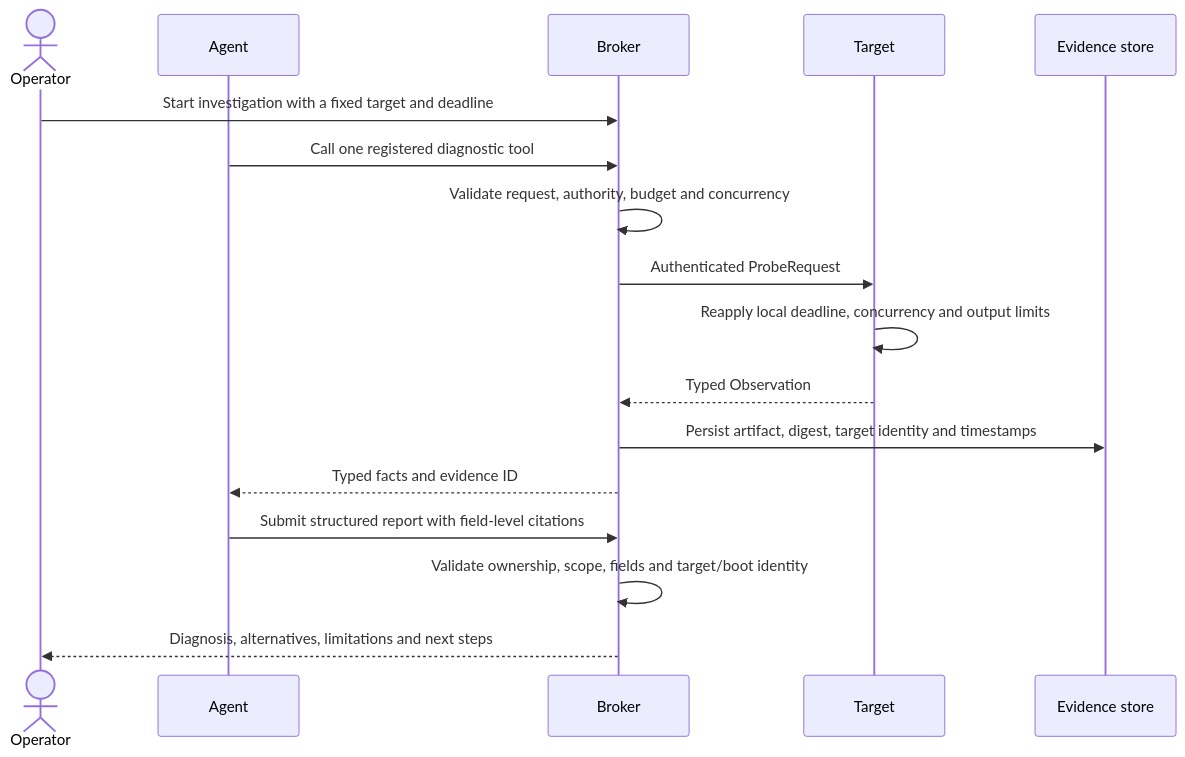
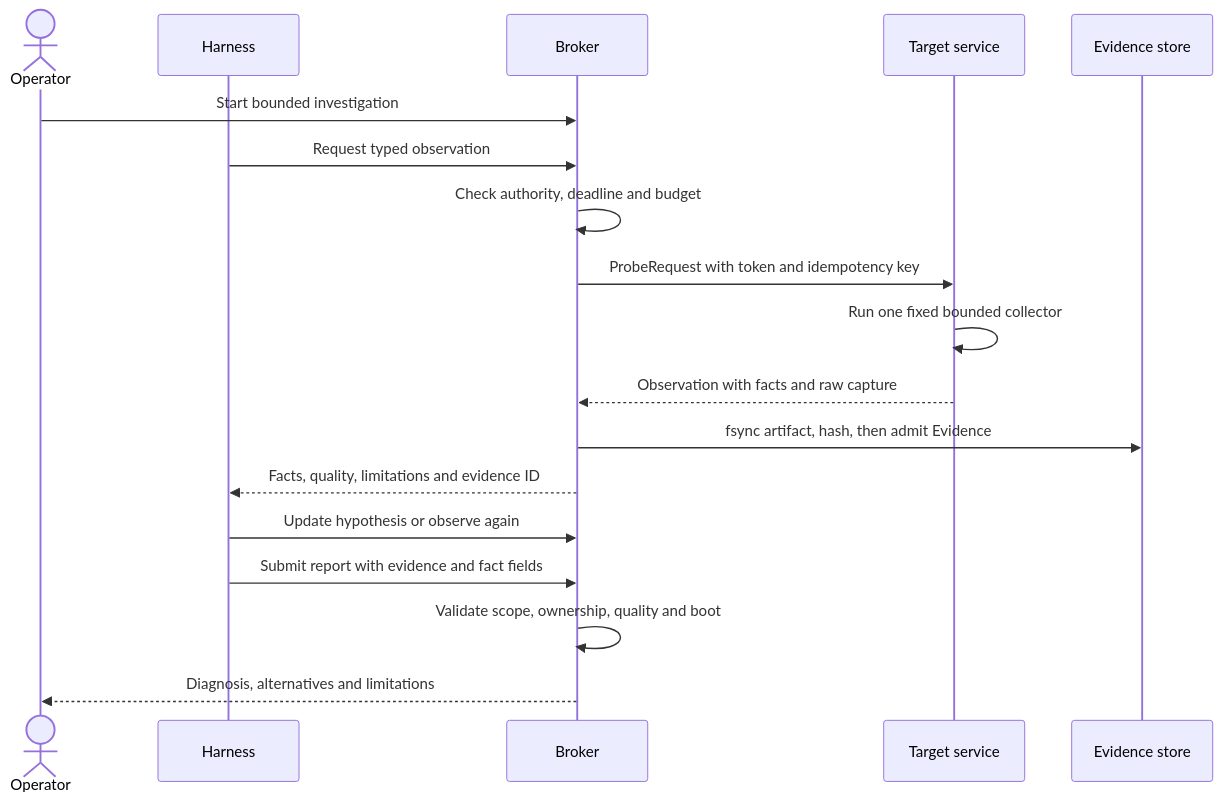
One commit to Qingyu255/Linux-Oncall-Agent changed the fourth of 7 diagrams in docs/interview-presentation.md. Above: the diagram before and after it, drawn with Mermaid. The commit also changed other lines of this file and 1 other file, not shown here.

````diff
--- a/docs/interview-presentation.md
+++ b/docs/interview-presentation.md
@@ -53,20 +147,21 @@
 ```mermaid
 sequenceDiagram
     actor O as Operator
-    participant A as Agent
+    participant H as Harness
     participant B as Broker
-    participant T as Target
+    participant T as Target service
     participant E as Evidence store
 
-    O->>B: Start investigation with a fixed target and deadline
-    A->>B: Call one registered diagnostic tool
-    B->>B: Validate request, authority, budget and concurrency
-    B->>T: Authenticated ProbeRequest
-    T->>T: Reapply local deadline, concurrency and output limits
-    T-->>B: Typed Observation
-    B->>E: Persist artifact, digest, target identity and timestamps
-    B-->>A: Typed facts and evidence ID
-    A->>B: Submit structured report with field-level citations
-    B->>B: Validate ownership, scope, fields and target/boot identity
-    B-->>O: Diagnosis, alternatives, limitations and next steps
+    O->>B: Start bounded investigation
+    H->>B: Request typed observation
+    B->>B: Check authority, deadline and budget
+    B->>T: ProbeRequest with token and idempotency key
+    T->>T: Run one fixed bounded collector
+    T-->>B: Observation with facts and raw capture
+    B->>E: fsync artifact, hash, then admit Evidence
+    B-->>H: Facts, quality, limitations and evidence ID
+    H->>B: Update hypothesis or observe again
+    H->>B: Submit report with evidence and fact fields
+    B->>B: Validate scope, ownership, quality and boot
+    B-->>O: Diagnosis, alternatives and limitations
 ```
````
